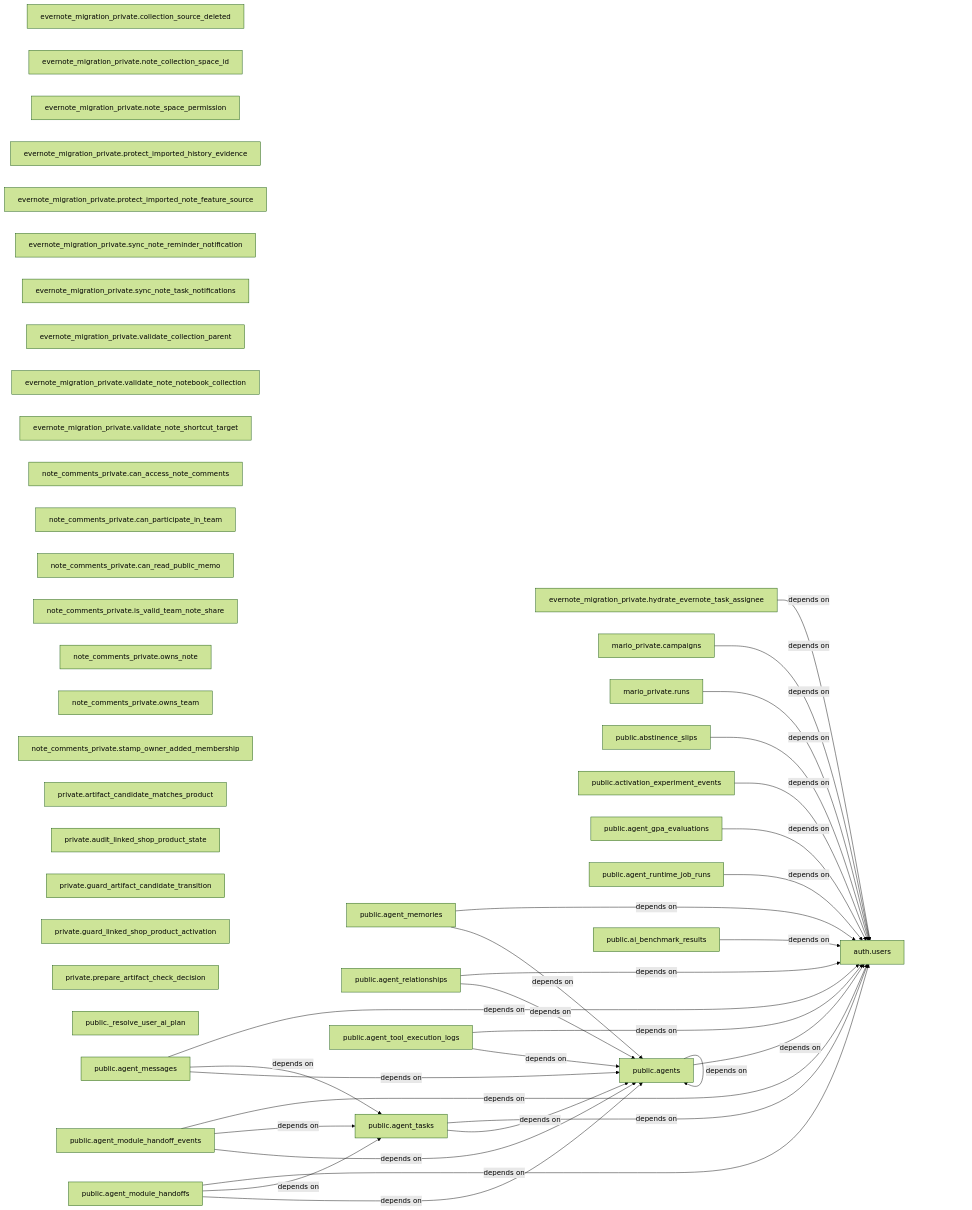
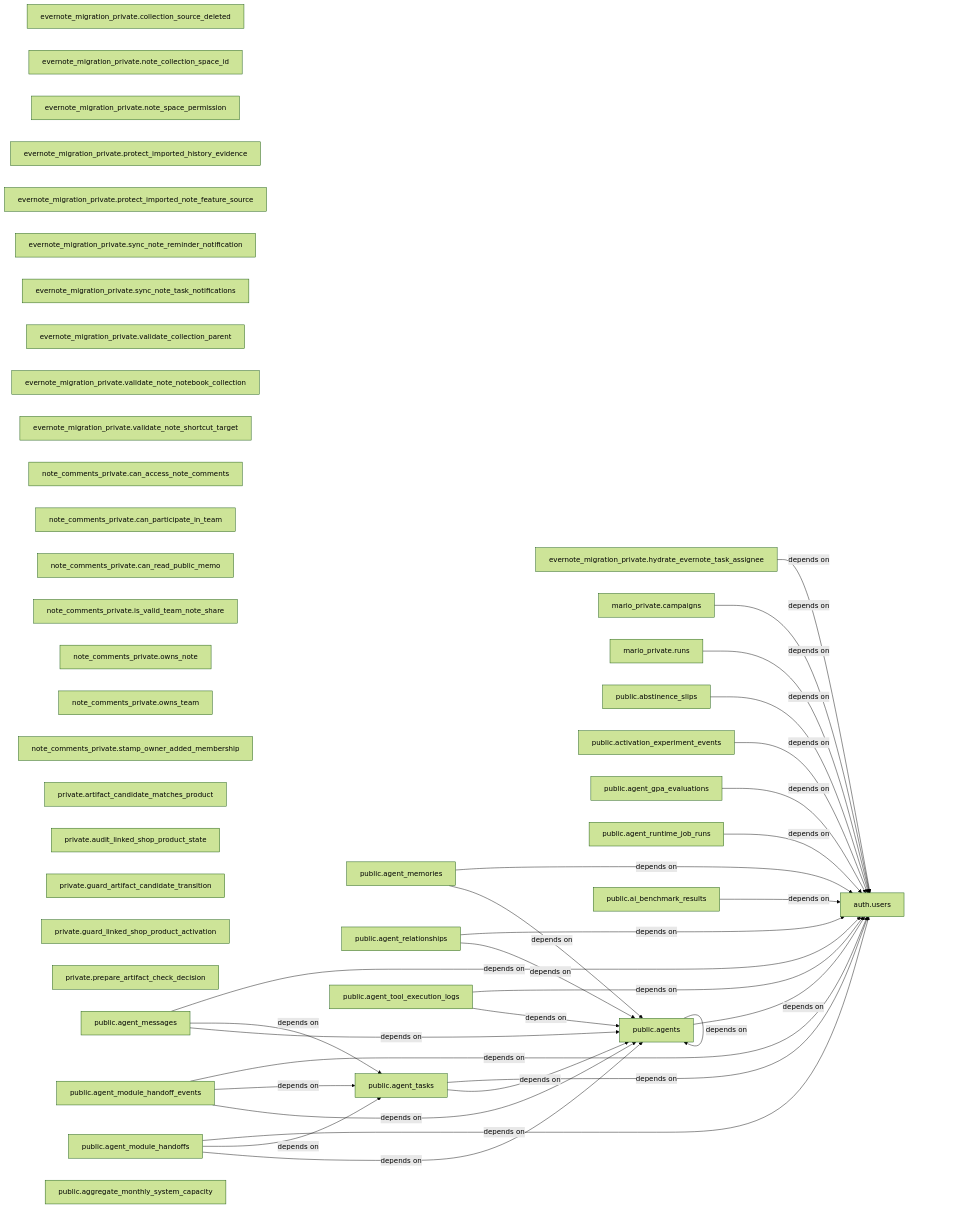
One commit to kanta13jp1/my_web_app changed the second of 2 diagrams in docs/generated/INFRASTRUCTURE_MAP.md. Above: the diagram before and after it, drawn with Mermaid (forest theme). The commit also changed other lines of this file and 59 other files, not shown here.

````diff
--- a/docs/generated/INFRASTRUCTURE_MAP.md
+++ b/docs/generated/INFRASTRUCTURE_MAP.md
@@ -25,70 +25,70 @@
 ```mermaid
 flowchart LR
   r_83903ee32b["auth.users"]
   r_d88f3b84ca["evernote_migration_private.collection_source_deleted"]
   r_73c4f41def["evernote_migration_private.hydrate_evernote_task_assignee"]
   r_ffb672200f["evernote_migration_private.note_collection_space_id"]
   r_769d2844f9["evernote_migration_private.note_space_permission"]
   r_c5d14536e4["evernote_migration_private.protect_imported_history_evidence"]
   r_61ee01a06e["evernote_migration_private.protect_imported_note_feature_source"]
   r_39663d015d["evernote_migration_private.sync_note_reminder_notification"]
   r_7003e30ffb["evernote_migration_private.sync_note_task_notifications"]
   r_cb340cb8d0["evernote_migration_private.validate_collection_parent"]
   r_83b4367884["evernote_migration_private.validate_note_notebook_collection"]
   r_cf19f1c46f["evernote_migration_private.validate_note_shortcut_target"]
   r_ac500aabc1["mario_private.campaigns"]
   r_c3130a4a16["mario_private.runs"]
   r_6bb9d6715b["note_comments_private.can_access_note_comments"]
   r_8911c7866b["note_comments_private.can_participate_in_team"]
   r_925c771fa1["note_comments_private.can_read_public_memo"]
   r_5eb21972d5["note_comments_private.is_valid_team_note_share"]
   r_e8169db4ad["note_comments_private.owns_note"]
   r_a0397d99b8["note_comments_private.owns_team"]
   r_2e9cd17c5c["note_comments_private.stamp_owner_added_membership"]
   r_8191971c00["private.artifact_candidate_matches_product"]
   r_e1862b1f50["private.audit_linked_shop_product_state"]
   r_5a323ff113["private.guard_artifact_candidate_transition"]
   r_f6277383c4["private.guard_linked_shop_product_activation"]
   r_c5201230ed["private.prepare_artifact_check_decision"]
-  r_09591299f9["public._resolve_user_ai_plan"]
   r_329fe13cab["public.abstinence_slips"]
   r_baad80ddc1["public.activation_experiment_events"]
   r_fbcd5fc165["public.agent_gpa_evaluations"]
   r_7673212bd8["public.agent_memories"]
   r_75122649e6["public.agent_messages"]
   r_033868af7f["public.agent_module_handoff_events"]
   r_999827be17["public.agent_module_handoffs"]
   r_d87b4e9d5a["public.agent_relationships"]
   r_ad4057e3a0["public.agent_runtime_job_runs"]
   r_07696a89a7["public.agent_tasks"]
   r_e4fc606bbb["public.agent_tool_execution_logs"]
   r_b7636f3dcb["public.agents"]
+  r_0bb7f8efc2["public.aggregate_monthly_system_capacity"]
   r_e4bcb02f47["public.ai_benchmark_results"]
   r_73c4f41def -->|depends on| r_83903ee32b
   r_ac500aabc1 -->|depends on| r_83903ee32b
   r_c3130a4a16 -->|depends on| r_83903ee32b
   r_329fe13cab -->|depends on| r_83903ee32b
   r_baad80ddc1 -->|depends on| r_83903ee32b
   r_fbcd5fc165 -->|depends on| r_83903ee32b
   r_7673212bd8 -->|depends on| r_83903ee32b
   r_7673212bd8 -->|depends on| r_b7636f3dcb
   r_75122649e6 -->|depends on| r_83903ee32b
   r_75122649e6 -->|depends on| r_07696a89a7
   r_75122649e6 -->|depends on| r_b7636f3dcb
   r_033868af7f -->|depends on| r_83903ee32b
   r_033868af7f -->|depends on| r_07696a89a7
   r_033868af7f -->|depends on| r_b7636f3dcb
   r_999827be17 -->|depends on| r_83903ee32b
   r_999827be17 -->|depends on| r_07696a89a7
   r_999827be17 -->|depends on| r_b7636f3dcb
   r_d87b4e9d5a -->|depends on| r_83903ee32b
   r_d87b4e9d5a -->|depends on| r_b7636f3dcb
   r_ad4057e3a0 -->|depends on| r_83903ee32b
   r_07696a89a7 -->|depends on| r_83903ee32b
   r_07696a89a7 -->|depends on| r_b7636f3dcb
   r_e4fc606bbb -->|depends on| r_83903ee32b
   r_e4fc606bbb -->|depends on| r_b7636f3dcb
   r_b7636f3dcb -->|depends on| r_83903ee32b
   r_b7636f3dcb -->|depends on| r_b7636f3dcb
   r_e4bcb02f47 -->|depends on| r_83903ee32b
 ```
````
